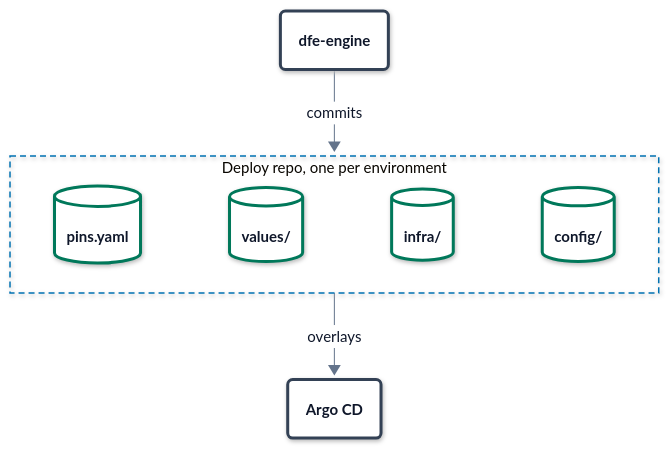
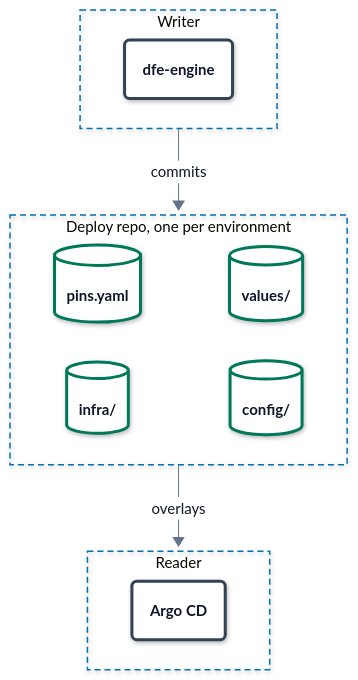
One commit to hyperi-io/dfe-infra changed the diagram in docs/deployment/state-and-repos.md. Above: the diagram before and after it, drawn with Mermaid. The commit also changed other lines of this file and 17 other files, not shown here.

First line of the commit message:
docs(architecture): map suite in architecture.md and fit charts to 860 px (#1152)

````diff
--- a/docs/deployment/state-and-repos.md
+++ b/docs/deployment/state-and-repos.md
@@ -81,23 +81,25 @@
 flowchart TB
     accTitle: L4 Detail -- The deploy repo
     accDescr: dfe-engine commits to the deploy repo, one per environment. It holds pins.yaml, values/ with one file per app instance, infra/ for the backing services and config/ for sources, schemas, transforms, rules and OIDC. Argo CD reads the pin, the values and the infra overlays from it.
-
-    engine("<b>dfe-engine</b>")
-
+    subgraph writer["Writer"]
+        direction LR
+        engine("<b>dfe-engine</b>")
+    end
     subgraph deploy["Deploy repo, one per environment"]
         direction LR
         pins[("<b>pins.yaml</b>")]
         values[("<b>values/</b>")]
         infradir[("<b>infra/</b>")]
         config[("<b>config/</b>")]
-        pins ~~~ values ~~~ infradir ~~~ config
+        pins ~~~ values
+        infradir ~~~ config
     end
-
-    argocd("<b>Argo CD</b>")
-
-    engine -->|commits| deploy
-    deploy -->|overlays| argocd
-
+    subgraph reader["Reader"]
+        direction LR
+        argocd("<b>Argo CD</b>")
+    end
+    writer -->|commits| deploy
+    deploy -->|overlays| reader
     class engine,argocd control
     class pins,values,infradir,config store
   classDef ext fill:#F4F6F8,stroke:#94A3B8,stroke-width:1.5px,stroke-dasharray:5 4,color:#0F172A
@@ -111,5 +113,7 @@
   classDef error fill:#FFFFFF,stroke:#C2410C,stroke-width:3px,color:#0F172A
   classDef control fill:#FFFFFF,stroke:#334155,stroke-width:3px,color:#0F172A
   classDef part fill:#FFFFFF,stroke:#94A3B8,stroke-width:1.5px,color:#0F172A
+  style writer fill:none,stroke:#0072B2,stroke-width:1.5px,stroke-dasharray:6 4
   style deploy fill:none,stroke:#0072B2,stroke-width:1.5px,stroke-dasharray:6 4
+  style reader fill:none,stroke:#0072B2,stroke-width:1.5px,stroke-dasharray:6 4
 ```
````
